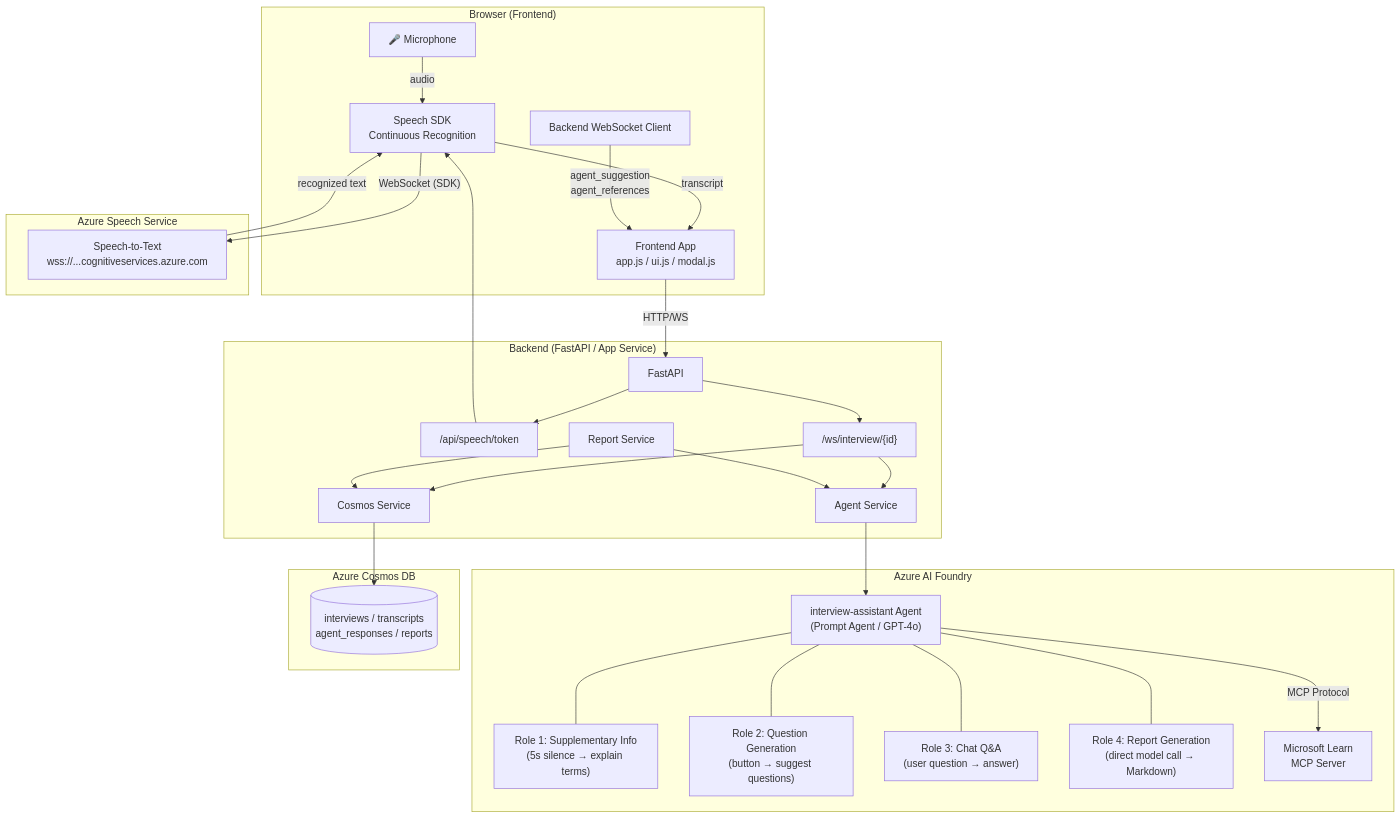
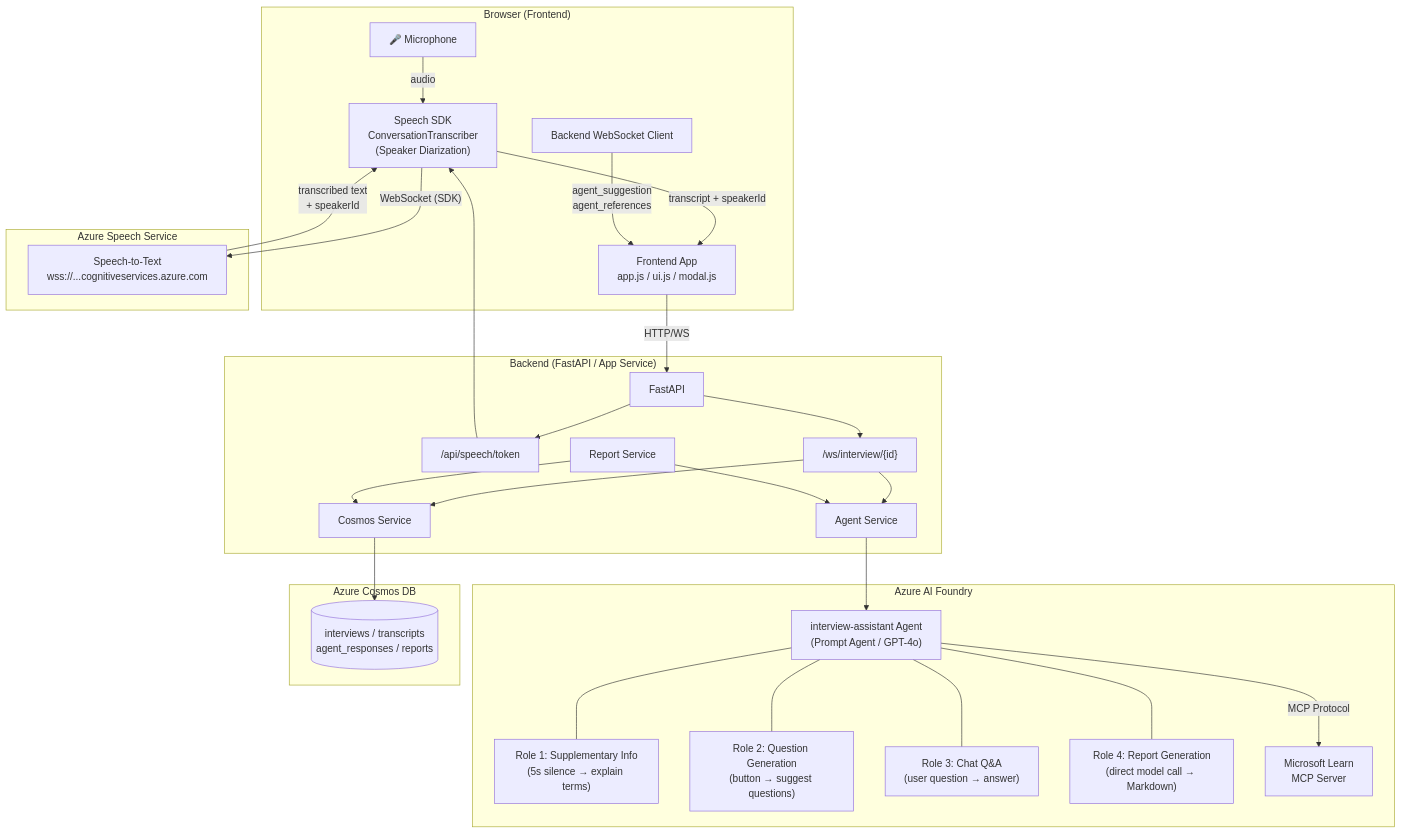
Before and after one commit to hatasaki/Interview-Assistant-AI: the first of 2 diagrams in README.md, drawn with Mermaid. The commit also changed other lines of this file and 10 other files, not shown here.

````diff
--- a/README.md
+++ b/README.md
@@ -33,60 +33,60 @@
 ```mermaid
 graph TB
     subgraph Browser["Browser (Frontend)"]
         MIC["🎤 Microphone"]
-        SPEECH["Speech SDK<br/>Continuous Recognition"]
+        SPEECH["Speech SDK<br/>ConversationTranscriber<br/>(Speaker Diarization)"]
         FE["Frontend App<br/>app.js / ui.js / modal.js"]
         BE_WS["Backend WebSocket Client"]
     end
 
     subgraph SpeechService["Azure Speech Service"]
         STT["Speech-to-Text<br/>wss://...cognitiveservices.azure.com"]
     end
 
     subgraph Backend["Backend (FastAPI / App Service)"]
         APP["FastAPI"]
         R_SP["/api/speech/token"]
         R_WS["/ws/interview/{id}"]
         AGT_SVC["Agent Service"]
         COS_SVC["Cosmos Service"]
         RPT_SVC["Report Service"]
     end
 
     subgraph AI["Azure AI Foundry"]
         AGENT["interview-assistant Agent<br/>(Prompt Agent / GPT-4o)"]
         ROLE1["Role 1: Supplementary Info<br/>(5s silence → explain terms)"]
         ROLE2["Role 2: Question Generation<br/>(button → suggest questions)"]
         ROLE3["Role 3: Chat Q&A<br/>(user question → answer)"]
         ROLE4["Role 4: Report Generation<br/>(direct model call → Markdown)"]
         MCP["Microsoft Learn<br/>MCP Server"]
         AGENT --- ROLE1
         AGENT --- ROLE2
         AGENT --- ROLE3
         AGENT --- ROLE4
         AGENT -->|"MCP Protocol"| MCP
     end
 
     subgraph DB["Azure Cosmos DB"]
         COSMOS[("interviews / transcripts<br/>agent_responses / reports")]
     end
 
     MIC -->|"audio"| SPEECH
     SPEECH -->|"WebSocket (SDK)"| STT
-    STT -->|"recognized text"| SPEECH
-    SPEECH -->|"transcript"| FE
+    STT -->|"transcribed text<br/>+ speakerId"| SPEECH
+    SPEECH -->|"transcript + speakerId"| FE
 
     FE -->|"HTTP/WS"| APP
     APP --> R_SP
     APP --> R_WS
     R_SP --> SPEECH
 
     R_WS --> AGT_SVC
     R_WS --> COS_SVC
     RPT_SVC --> AGT_SVC
     RPT_SVC --> COS_SVC
 
     AGT_SVC --> AGENT
     COS_SVC --> COSMOS
 
     BE_WS -->|"agent_suggestion<br/>agent_references"| FE
 ```
````
